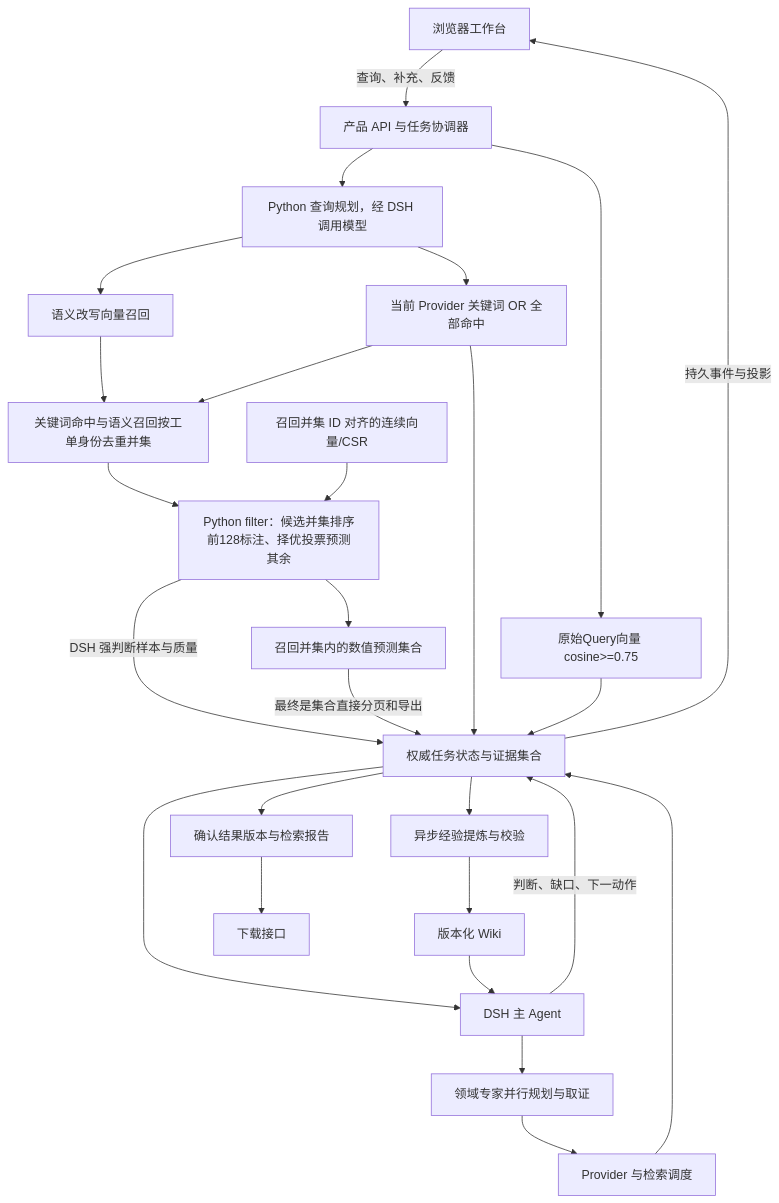
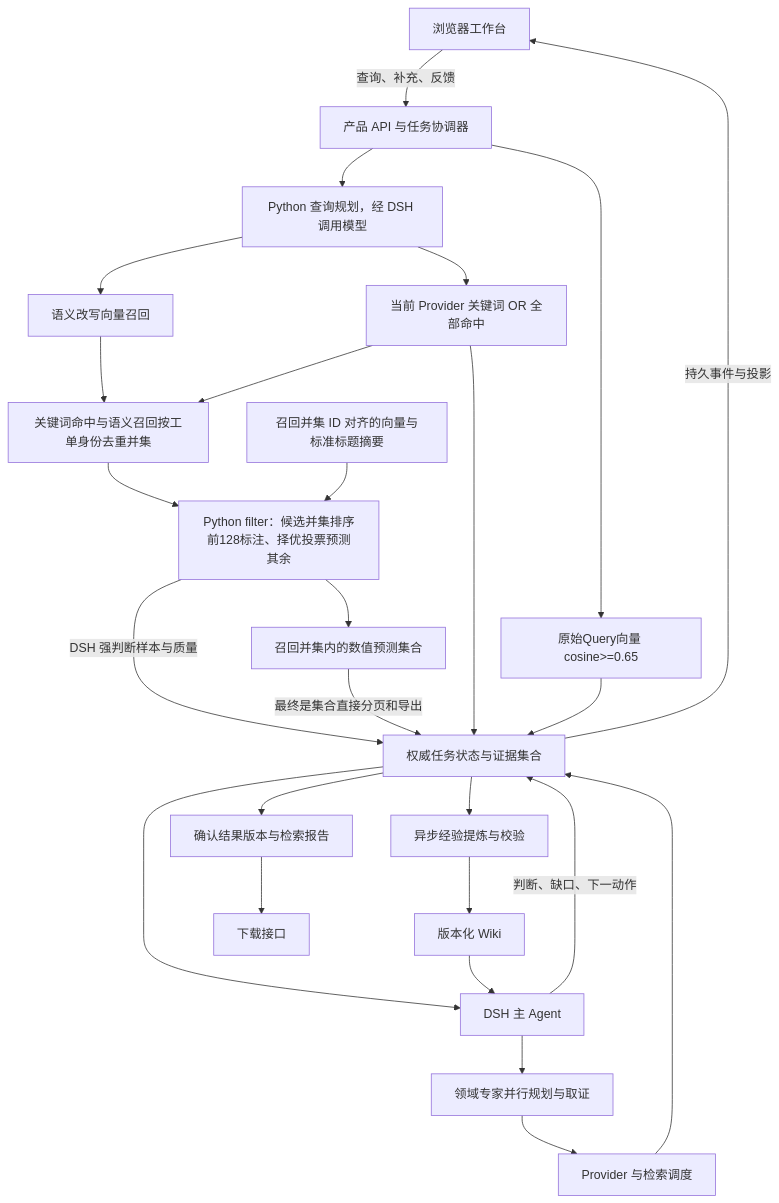
Before and after one commit to Merak-Wang/CaseWeave: the diagram in docs/ARCHITECTURE.md, drawn with Mermaid. The commit also changed 66 other files, not shown here.

````diff
--- a/docs/ARCHITECTURE.md
+++ b/docs/ARCHITECTURE.md
@@ -13,28 +13,28 @@
 ```mermaid
 flowchart TD
   U[浏览器工作台] -->|查询、补充、反馈| API[产品 API 与任务协调器]
   API --> Q[Python 查询规划，经 DSH 调用模型]
-  API --> V[原始Query向量 cosine>=0.75]
+  API --> V[原始Query向量 cosine>=0.65]
   Q --> K[当前 Provider 关键词 OR 全部命中]
   Q --> V2[语义改写向量召回]
   V2 --> C[关键词命中与语义召回按工单身份去重并集]
   K --> C
   C --> O[Python filter：候选并集排序前128标注、择优投票预测其余]
-  F[召回并集 ID 对齐的连续向量/CSR] --> O
+  F[召回并集 ID 对齐的向量与标准标题摘要] --> O
   O -->|DSH 强判断样本与质量| S
   O --> M[召回并集内的数值预测集合]
   M -->|最终是集合直接分页和导出| S
   K --> S[权威任务状态与证据集合]
   V --> S
   S --> A[DSH 主 Agent]
   W[版本化 Wiki] --> A
   A --> E[领域专家并行规划与取证]
   E --> P[Provider 与检索调度]
   P --> S
   A -->|判断、缺口、下一动作| S
   S -->|持久事件与投影| U
   S --> R[确认结果版本与检索报告]
   R --> D[下载接口]
   S --> L[异步经验提炼与校验]
   L --> W
 ```
````
